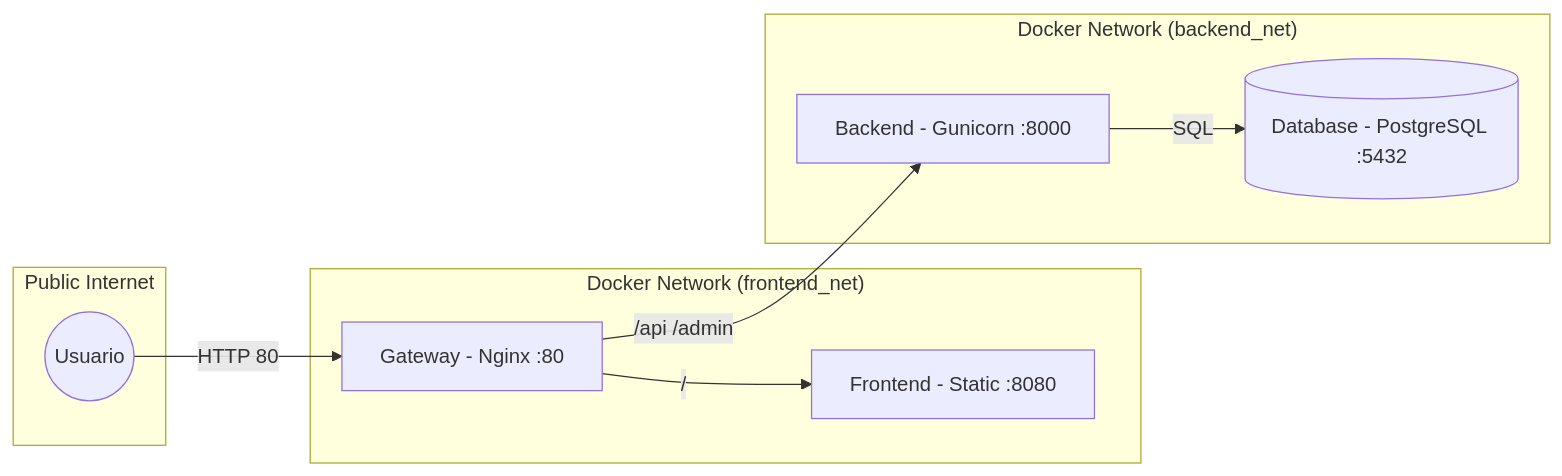
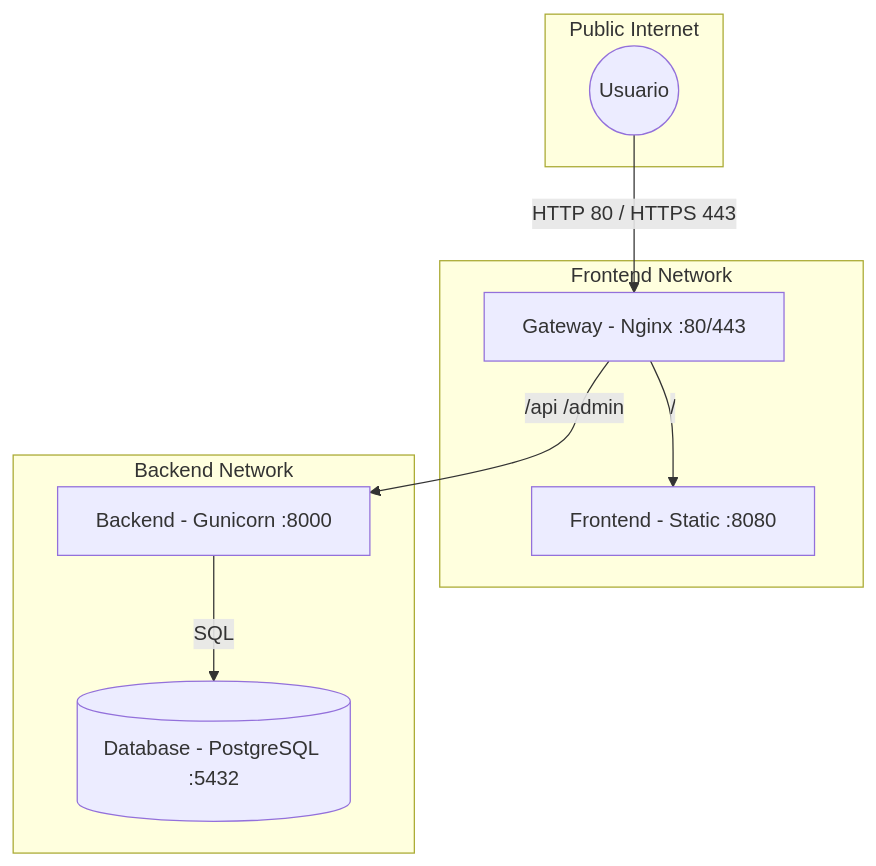
Before and after one commit to dfdavid/craftech-example-3-tier-app: the diagram in doc/DOCS.md, drawn with Mermaid. The commit also changed other lines of this file and 3 other files, not shown here.

````diff
--- a/doc/DOCS.md
+++ b/doc/DOCS.md
@@ -6,21 +6,21 @@
 ```mermaid
-graph LR
+graph TD
     subgraph "Public Internet"
         User((Usuario))
     end
     
-    subgraph "Docker Network (frontend_net)"
-        Proxy[Gateway - Nginx :80]
+    subgraph "Frontend Network"
+        Proxy[Gateway - Nginx :80/443]
         Frontend[Frontend - Static :8080]
     end
     
-    subgraph "Docker Network (backend_net)"
+    subgraph "Backend Network"
         Backend[Backend - Gunicorn :8000]
         DB[(Database - PostgreSQL :5432)]
     end
     
-    User -->|HTTP 80| Proxy
+    User -->|HTTP 80 / HTTPS 443| Proxy
     Proxy -->|/| Frontend
     Proxy -->|/api /admin| Backend
     Backend -->|SQL| DB
 ```
````
